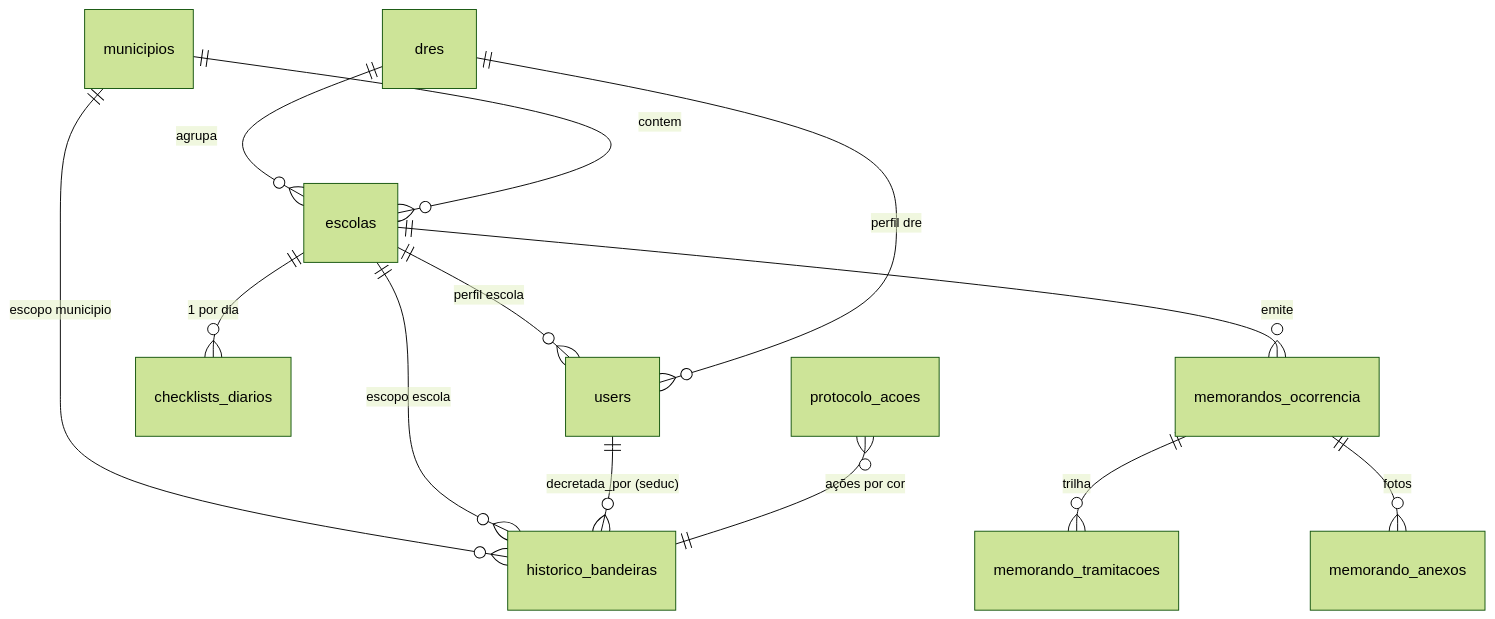
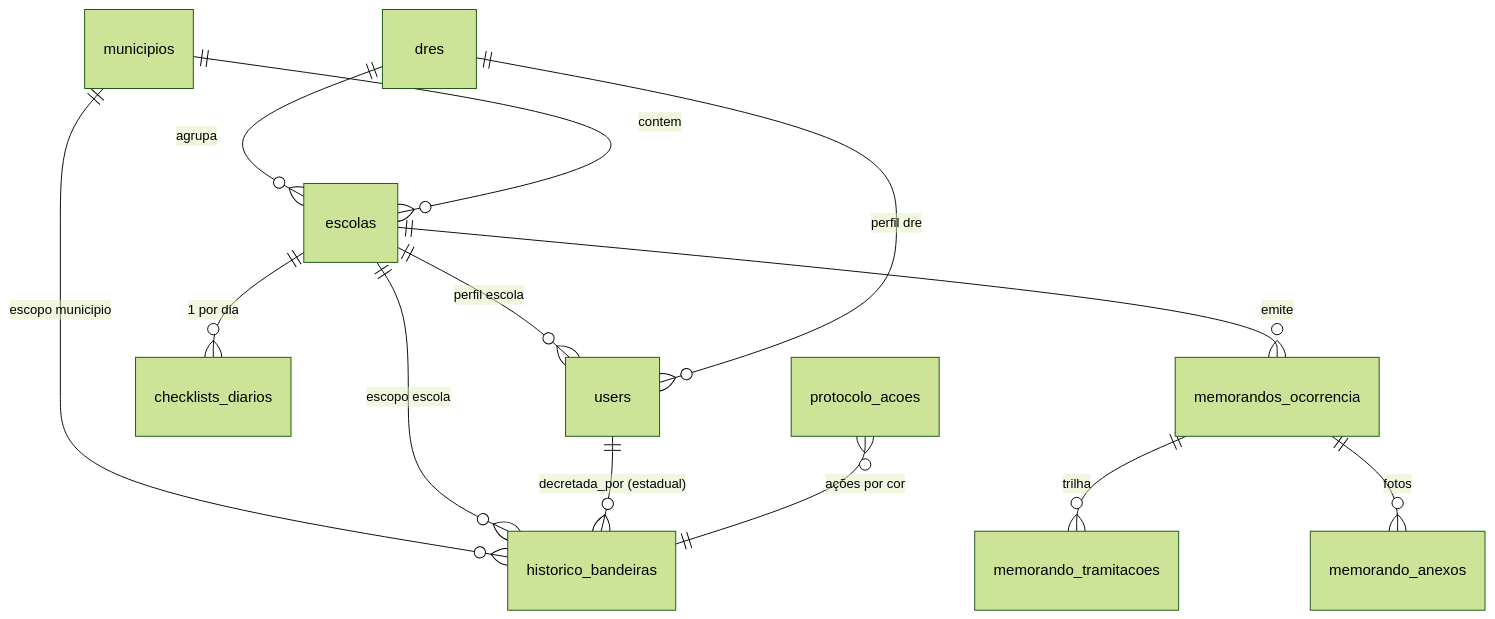
One commit to Danteifpa/Vigilia-escolar changed the second of 3 diagrams in README.md. Above: the diagram before and after it, drawn with Mermaid (forest theme). The commit also changed other lines of this file and 32 other files, not shown here.

First line of the commit message:
Retira o nome SEDUC do projeto; perfil estadual vira Gestão Estadual (#3)

````diff
--- a/README.md
+++ b/README.md
@@ -53,15 +53,15 @@
 ```mermaid
 erDiagram
   dres ||--o{ escolas : agrupa
   municipios ||--o{ escolas : contem
   escolas ||--o{ users : "perfil escola"
   dres ||--o{ users : "perfil dre"
   municipios ||--o{ historico_bandeiras : "escopo municipio"
   escolas ||--o{ historico_bandeiras : "escopo escola"
-  users ||--o{ historico_bandeiras : "decretada_por (seduc)"
+  users ||--o{ historico_bandeiras : "decretada_por (estadual)"
   escolas ||--o{ checklists_diarios : "1 por dia"
   escolas ||--o{ memorandos_ocorrencia : emite
   memorandos_ocorrencia ||--o{ memorando_tramitacoes : trilha
   memorandos_ocorrencia ||--o{ memorando_anexos : fotos
   protocolo_acoes }o--|| historico_bandeiras : "ações por cor"
 ```
````
